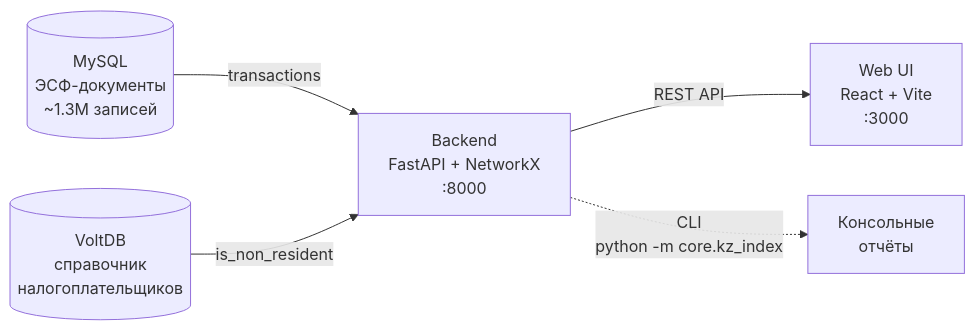
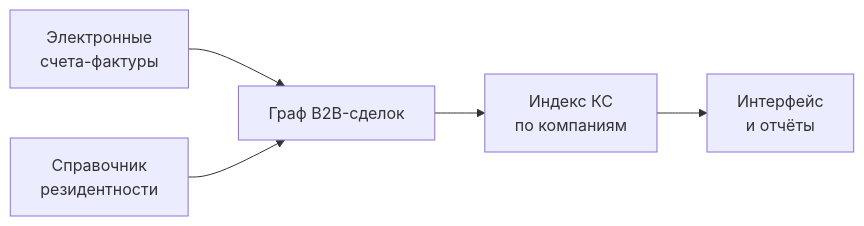
The diagram in docs/index.md (OlegKostrikin-Dev/digital-echo), drawn with Mermaid before and after one commit. The commit also changed other lines of this file and 21 other files, not shown here.

````diff
--- a/docs/index.md
+++ b/docs/index.md
@@ -32,7 +32,7 @@
 ```mermaid
 flowchart LR
-    MySQL[("MySQL<br/>ЭСФ-документы<br/>~1.3M записей")] -->|"transactions"| BE[Backend<br/>FastAPI + NetworkX<br/>:8000]
-    Volt[("VoltDB<br/>справочник<br/>налогоплательщиков")] -->|"is_non_resident"| BE
-    BE -->|"REST API"| WEB[Web UI<br/>React + Vite<br/>:3000]
-    BE -.->|"CLI<br/>python -m core.kz_index"| Console[Консольные<br/>отчёты]
+    ESF[Электронные<br/>счета-фактуры] --> G[Граф B2B-сделок]
+    REG[Справочник<br/>резидентности] --> G
+    G --> KZ[Индекс КС<br/>по компаниям]
+    KZ --> UI[Интерфейс<br/>и отчёты]
 ```
````
